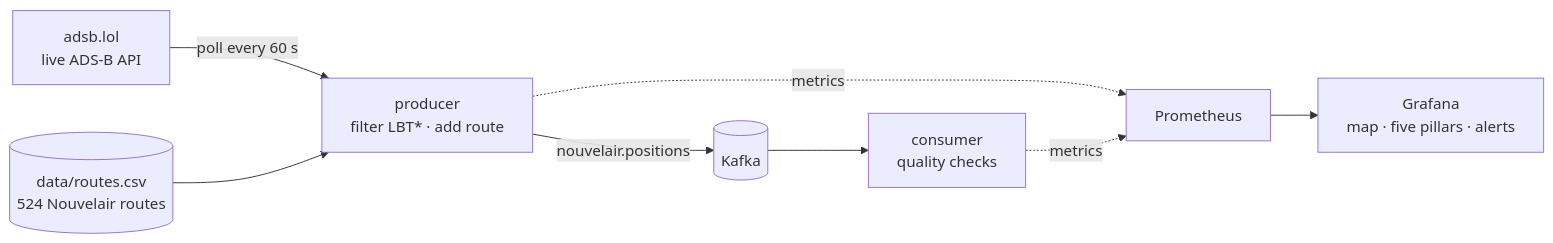
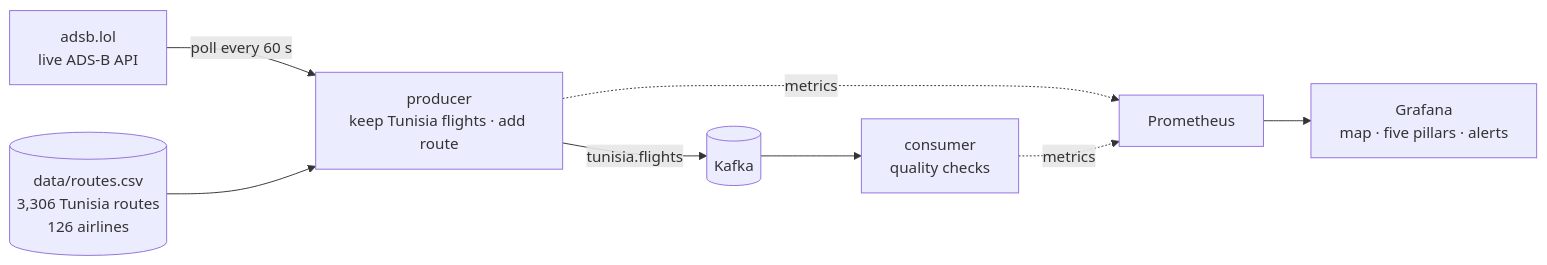
Before and after one commit to imenbkr/data_observability: the diagram in README.md, drawn with Mermaid. The commit also changed other lines of this file and 10 other files, not shown here.

First line of the commit message:
Track every flight to, from and within Tunisia, not only Nouvelair

````diff
--- a/README.md
+++ b/README.md
@@ -10,10 +11,10 @@
 ```mermaid
 flowchart LR
-  A[adsb.lol<br/>live ADS-B API] -->|poll every 60 s| P[producer<br/>filter LBT* · add route]
-  R[(data/routes.csv<br/>524 Nouvelair routes)] --> P
-  P -->|nouvelair.positions| K[(Kafka)]
+  A[adsb.lol<br/>live ADS-B API] -->|poll every 60 s| P[producer<br/>keep Tunisia flights · add route]
+  R[(data/routes.csv<br/>3,306 Tunisia routes<br/>126 airlines)] --> P
+  P -->|tunisia.flights| K[(Kafka)]
   K --> C[consumer<br/>quality checks]
   P -. metrics .-> M[Prometheus]
   C -. metrics .-> M
   M --> G[Grafana<br/>map · five pillars · alerts]
 ```
````
